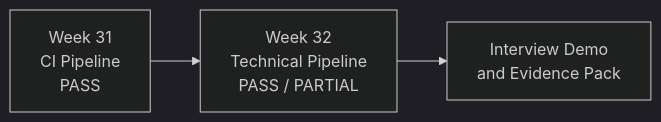
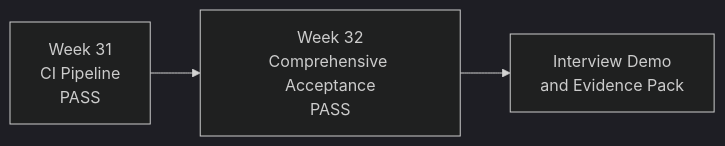
The second of 2 diagrams in reports/weekly/WEEK-32.md (htb123-maker/quality-engineering-lab), drawn with Mermaid (dark theme) before and after one commit. The commit also changed other lines of this file, not shown here.

Commit message:
docs(week32): close comprehensive acceptance [skip ci]

````diff
--- a/reports/weekly/WEEK-32.md
+++ b/reports/weekly/WEEK-32.md
@@ -186,5 +188,5 @@
 ```mermaid
 flowchart LR
-    W31["Week 31<br/>CI Pipeline<br/>PASS"] --> W32["Week 32<br/>Technical Pipeline<br/>PASS / PARTIAL"]
+    W31["Week 31<br/>CI Pipeline<br/>PASS"] --> W32["Week 32<br/>Comprehensive Acceptance<br/>PASS"]
     W32 --> DONE["Interview Demo<br/>and Evidence Pack"]
 ```
````
